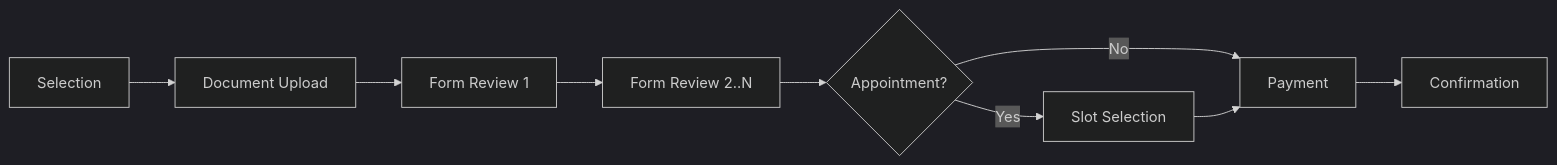
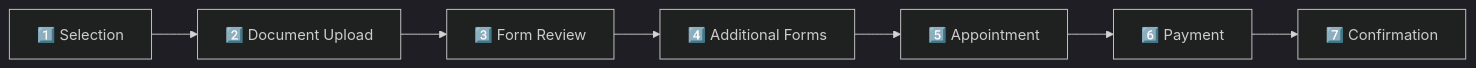
The fourth of 7 diagrams in README.md (KouemouSah/taxasge), drawn with Mermaid (dark theme) before and after one commit. The commit also changed other lines of this file and 3 other files, not shown here.

````diff
--- a/README.md
+++ b/README.md
@@ -260,11 +235,9 @@
 ```mermaid
 graph LR
-    S[Selection] --> U[Document Upload]
-    U --> F1[Form Review 1]
-    F1 --> F2[Form Review 2..N]
-    F2 --> A{Appointment?}
-    A -->|Yes| AP[Slot Selection]
-    A -->|No| P[Payment]
-    AP --> P
-    P --> C[Confirmation]
+    S["1️⃣ Selection"] --> U["2️⃣ Document Upload"]
+    U --> F1["3️⃣ Form Review"]
+    F1 --> F2["4️⃣ Additional Forms"]
+    F2 --> AP["5️⃣ Appointment"]
+    AP --> P["6️⃣ Payment"]
+    P --> C["7️⃣ Confirmation"]
 ```
````
